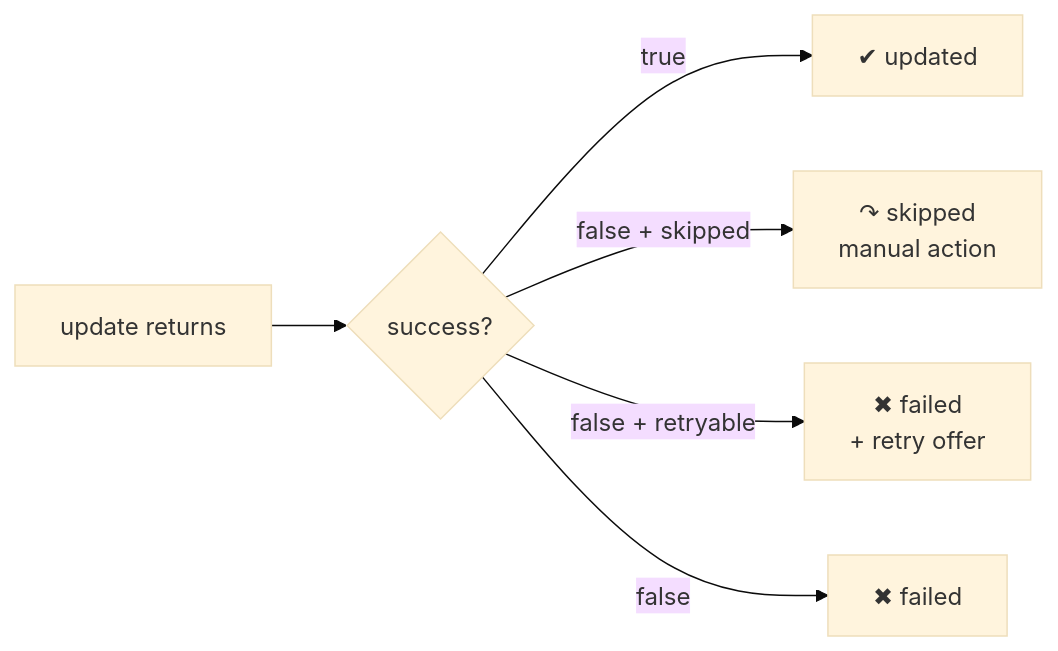
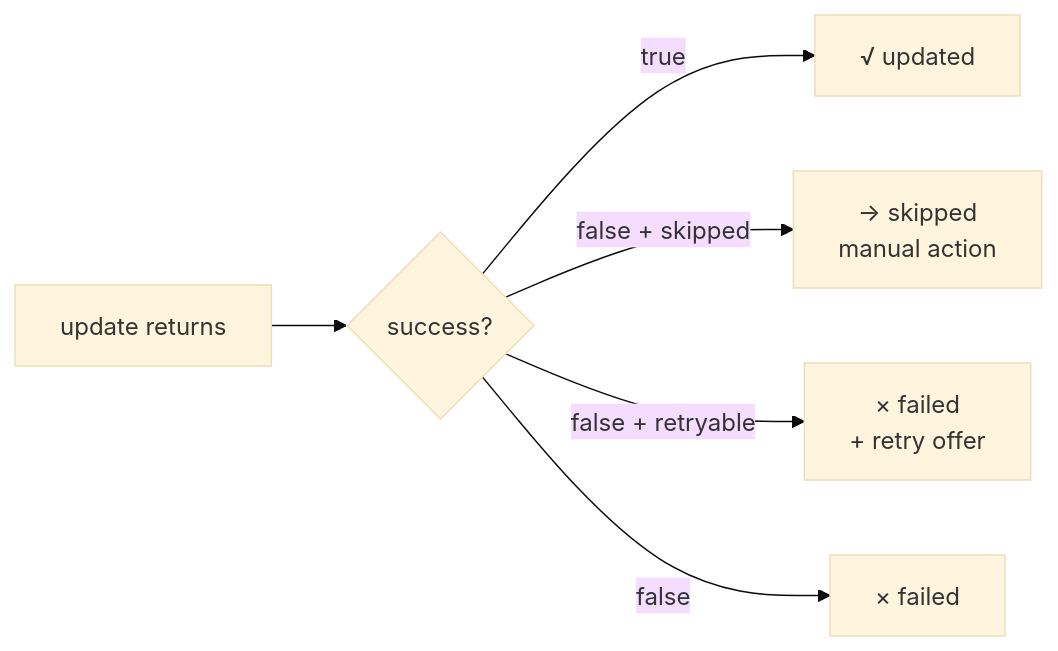
Before and after one commit to LINDECKER-Charles/gup: the third of 4 diagrams in CONTRIBUTING.md, drawn with Mermaid (base theme). The commit also changed 85 other files, not shown here.

````diff
--- a/CONTRIBUTING.md
+++ b/CONTRIBUTING.md
@@ -236,8 +236,8 @@
 ```mermaid
 flowchart LR
     Update[update returns] --> Success{success?}
-    Success -->|true| OK["✔ updated"]
-    Success -->|false + skipped| SKIP["↷ skipped<br/>manual action"]
-    Success -->|false + retryable| RETRY["✖ failed<br/>+ retry offer"]
-    Success -->|false| FAIL["✖ failed"]
+    Success -->|true| OK["√ updated"]
+    Success -->|false + skipped| SKIP["→ skipped<br/>manual action"]
+    Success -->|false + retryable| RETRY["× failed<br/>+ retry offer"]
+    Success -->|false| FAIL["× failed"]
 ```
````
